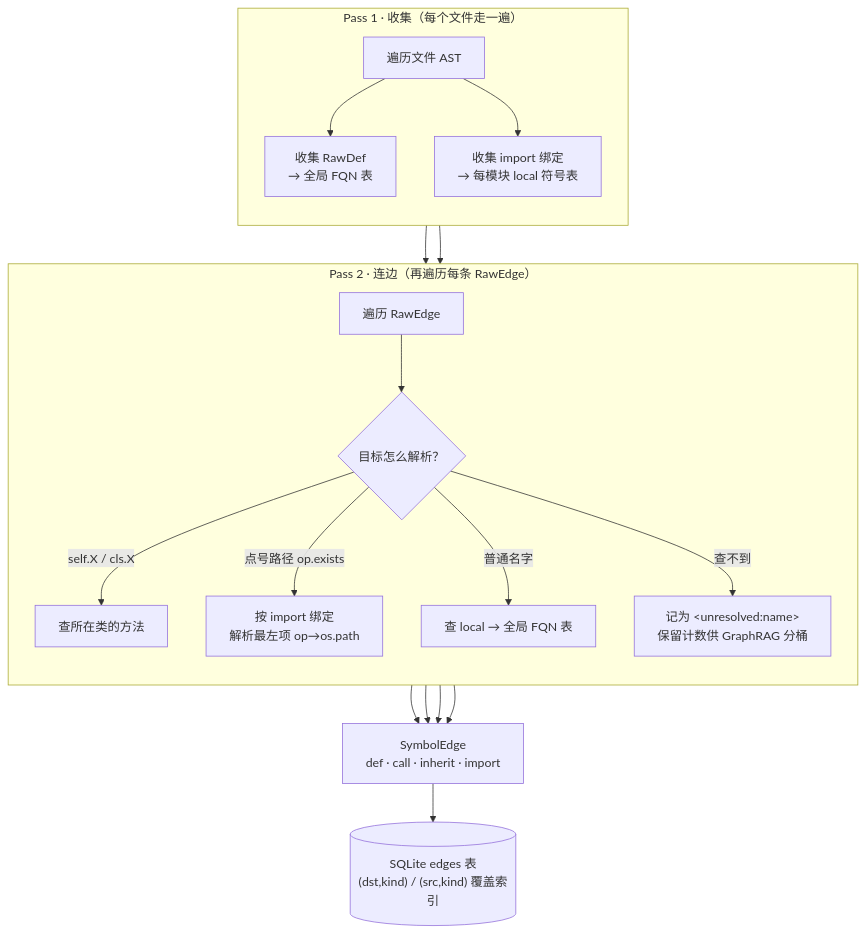
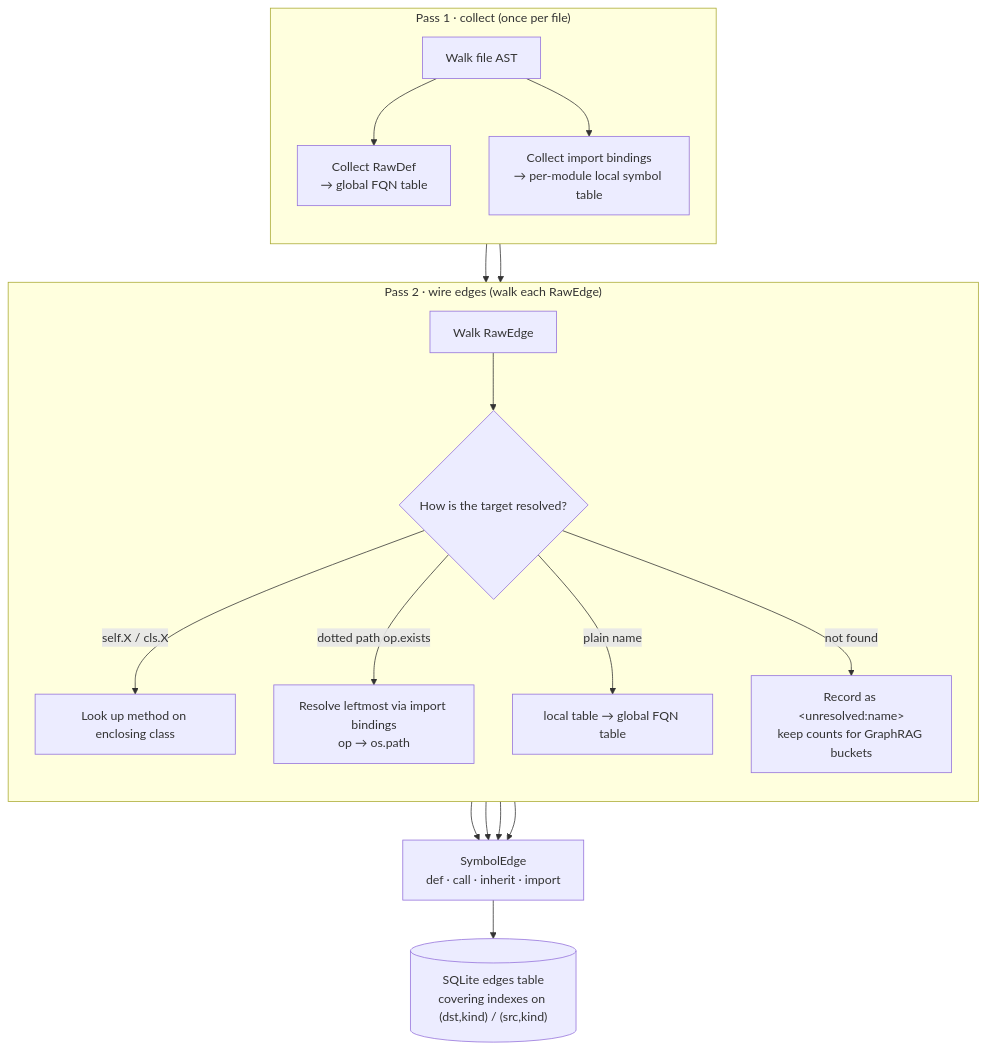
The fifth of 11 diagrams in README.md (AndyUneducated/repo-sage), drawn with Mermaid before and after one commit. The commit also changed other lines of this file and 14 other files, not shown here.

````diff
--- a/README.md
+++ b/README.md
@@ -184,19 +184,19 @@
 ```mermaid
 flowchart TB
-  subgraph P1["Pass 1 · 收集（每个文件走一遍）"]
+  subgraph P1["Pass 1 · collect (once per file)"]
     direction TB
-    F1["遍历文件 AST"] --> Defs["收集 RawDef<br/>→ 全局 FQN 表"]
-    F1 --> Imp["收集 import 绑定<br/>→ 每模块 local 符号表"]
+    F1["Walk file AST"] --> Defs["Collect RawDef<br/>→ global FQN table"]
+    F1 --> Imp["Collect import bindings<br/>→ per-module local symbol table"]
   end
-  subgraph P2["Pass 2 · 连边（再遍历每条 RawEdge）"]
+  subgraph P2["Pass 2 · wire edges (walk each RawEdge)"]
     direction TB
-    F2["遍历 RawEdge"] --> R{"目标怎么解析？"}
-    R -->|"self.X / cls.X"| M1["查所在类的方法"]
-    R -->|"点号路径 op.exists"| M2["按 import 绑定<br/>解析最左项 op→os.path"]
-    R -->|"普通名字"| M3["查 local → 全局 FQN 表"]
-    R -->|"查不到"| U["记为 &lt;unresolved:name&gt;<br/>保留计数供 GraphRAG 分桶"]
+    F2["Walk RawEdge"] --> R{"How is the target resolved?"}
+    R -->|"self.X / cls.X"| M1["Look up method on enclosing class"]
+    R -->|"dotted path op.exists"| M2["Resolve leftmost via import bindings<br/>op → os.path"]
+    R -->|"plain name"| M3["local table → global FQN table"]
+    R -->|"not found"| U["Record as &lt;unresolved:name&gt;<br/>keep counts for GraphRAG buckets"]
   end
   Defs & Imp --> F2
   M1 & M2 & M3 & U --> E["SymbolEdge<br/>def · call · inherit · import"]
-  E --> SG[("SQLite edges 表<br/>(dst,kind) / (src,kind) 覆盖索引")]
+  E --> SG[("SQLite edges table<br/>covering indexes on (dst,kind) / (src,kind)")]
 ```
````
